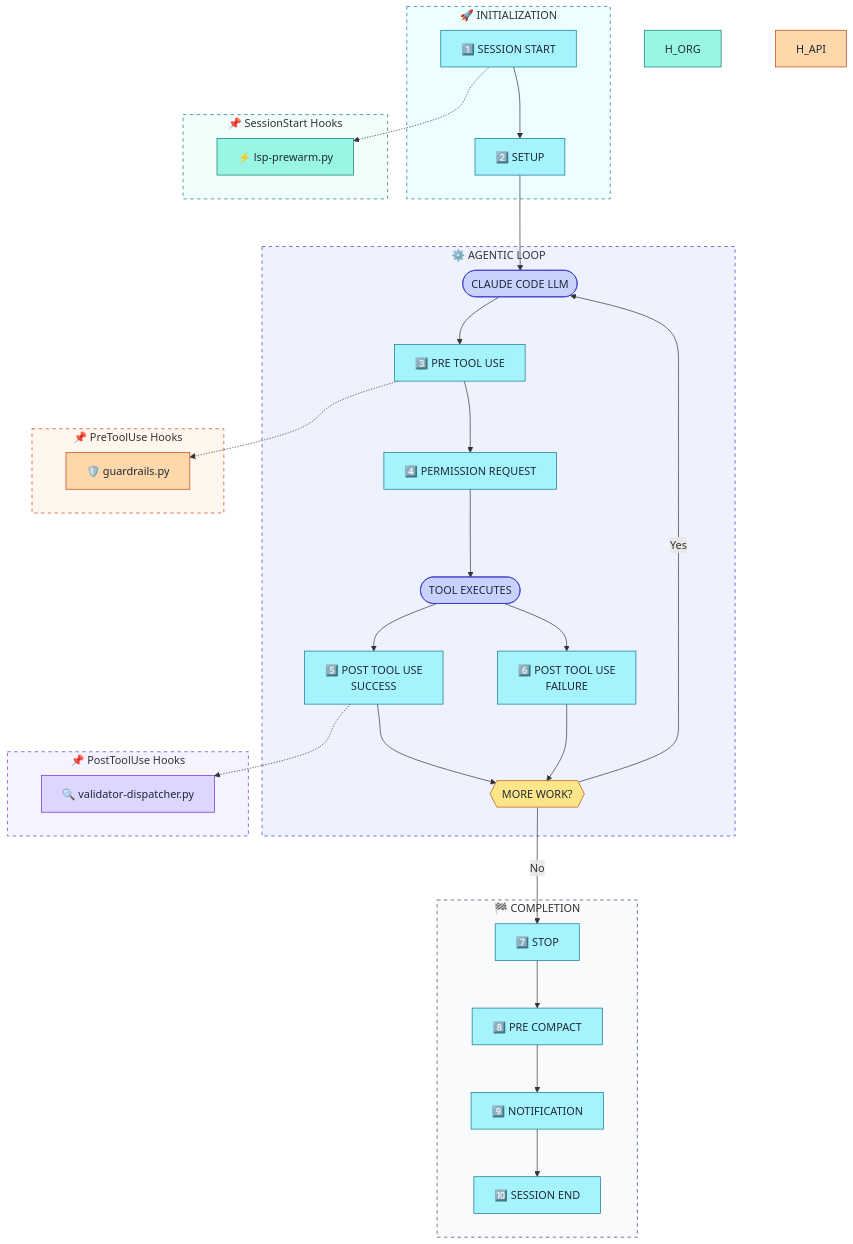
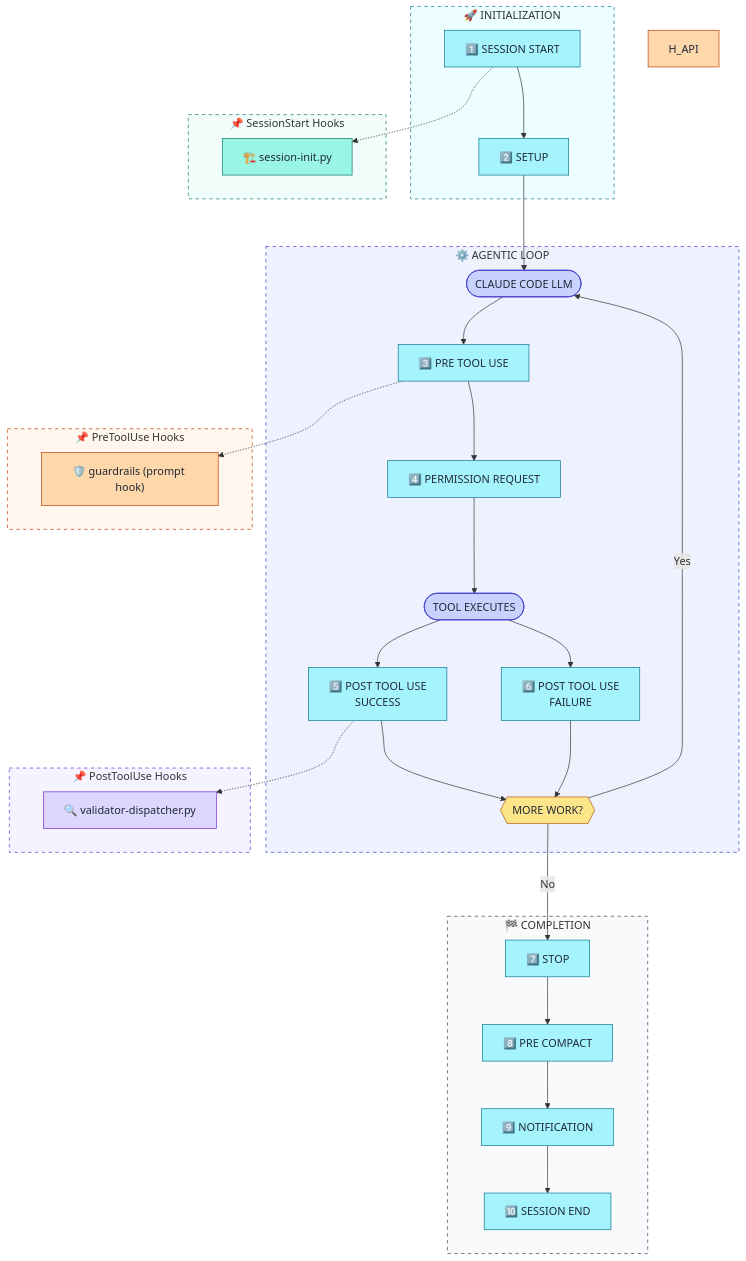
Before and after one commit to DevZonayed/nexalance-skill-jaganpro-sf-skills: the diagram in shared/hooks/docs/hook-lifecycle-diagram.md, drawn with Mermaid. The commit also changed other lines of this file and 8 other files, not shown here.

First line of the commit message:
feat: replace Python guardrails with prompt hook, remove lsp-prewarm

```diff
--- a/shared/hooks/docs/hook-lifecycle-diagram.md
+++ b/shared/hooks/docs/hook-lifecycle-diagram.md
@@ -15,7 +15,7 @@
     end
 
     subgraph hooks_session["📌 SessionStart Hooks"]
-        H_LSP["⚡ lsp-prewarm.py"]
+        H_INIT["🏗️ session-init.py"]
     end
 
     subgraph agentic["⚙️ AGENTIC LOOP"]
@@ -29,7 +29,7 @@
     end
 
     subgraph hooks_pre["📌 PreToolUse Hooks"]
-        H_GUARD["🛡️ guardrails.py"]
+        H_GUARD["🛡️ guardrails (prompt hook)"]
     end
 
     subgraph hooks_post["📌 PostToolUse Hooks"]
@@ -47,7 +47,7 @@
     S1 --> S2 --> LLM
 
     %% SessionStart hooks
-    S1 -.-> H_LSP
+    S1 -.-> H_INIT
 
     %% Agentic Loop
     LLM --> S3 --> S4 --> EXEC
@@ -89,8 +89,7 @@
     style MORE_Q fill:#fde68a,stroke:#b45309,color:#1f2937
 
     %% Node Styling - SessionStart hooks (Teal-200)
-    style H_ORG fill:#99f6e4,stroke:#0f766e,color:#1f2937
-    style H_LSP fill:#99f6e4,stroke:#0f766e,color:#1f2937
+    style H_INIT fill:#99f6e4,stroke:#0f766e,color:#1f2937
 
     %% Node Styling - PreToolUse hooks (Orange-200)
     style H_GUARD fill:#fed7aa,stroke:#c2410c,color:#1f2937
```
